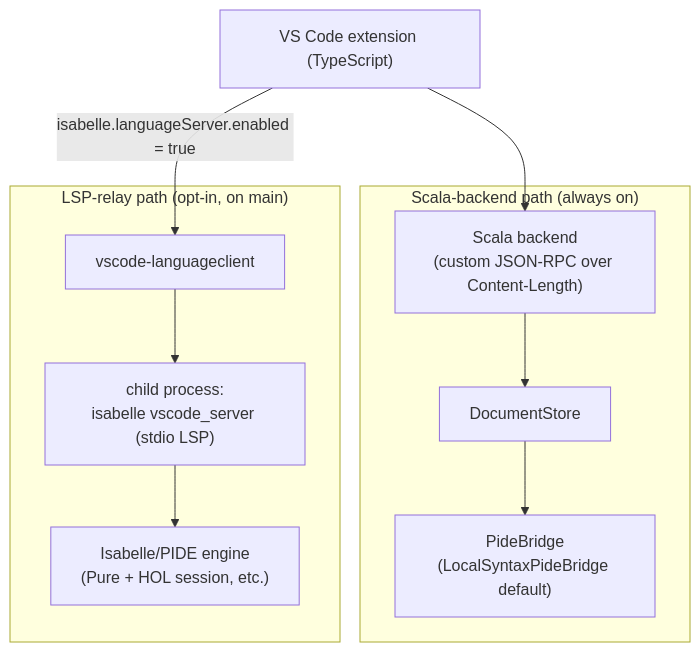
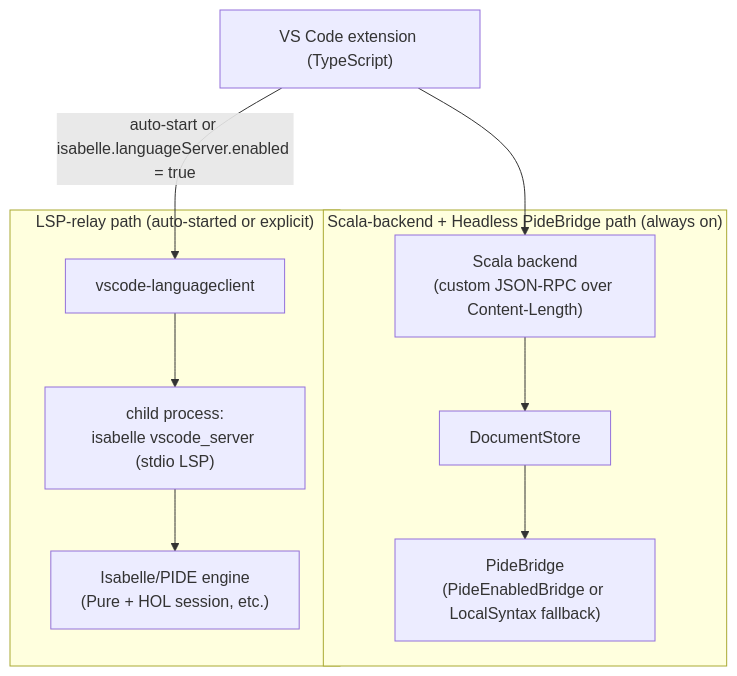
One commit to Arthur742Ramos/Isabelle-VSCode changed the diagram in docs/PIDE_INTEGRATION.md. Above: the diagram before and after it, drawn with Mermaid. The commit also changed other lines of this file and 5 other files, not shown here.

````diff
--- a/docs/PIDE_INTEGRATION.md
+++ b/docs/PIDE_INTEGRATION.md
@@ -40,24 +34,24 @@
 ```mermaid
 flowchart TD
     ext["VS Code extension (TypeScript)"]
 
-    subgraph current["Scala-backend path (always on)"]
+    subgraph current["Scala-backend + Headless PideBridge path (always on)"]
         backend["Scala backend<br/>(custom JSON-RPC over Content-Length)"]
         store["DocumentStore"]
-        bridge["PideBridge<br/>(LocalSyntaxPideBridge default)"]
+        bridge["PideBridge<br/>(PideEnabledBridge or LocalSyntax fallback)"]
     end
 
-    subgraph lspPath["LSP-relay path (opt-in, on main)"]
+    subgraph lspPath["LSP-relay path (auto-started or explicit)"]
         lsp["vscode-languageclient"]
         server["child process:<br/>isabelle vscode_server (stdio LSP)"]
         pide["Isabelle/PIDE engine<br/>(Pure + HOL session, etc.)"]
     end
 
     ext --> backend
     backend --> store
     store --> bridge
 
-    ext -->|"isabelle.languageServer.enabled = true"| lsp
+    ext -->|"auto-start or isabelle.languageServer.enabled = true"| lsp
     lsp --> server
     server --> pide
 ```
````
